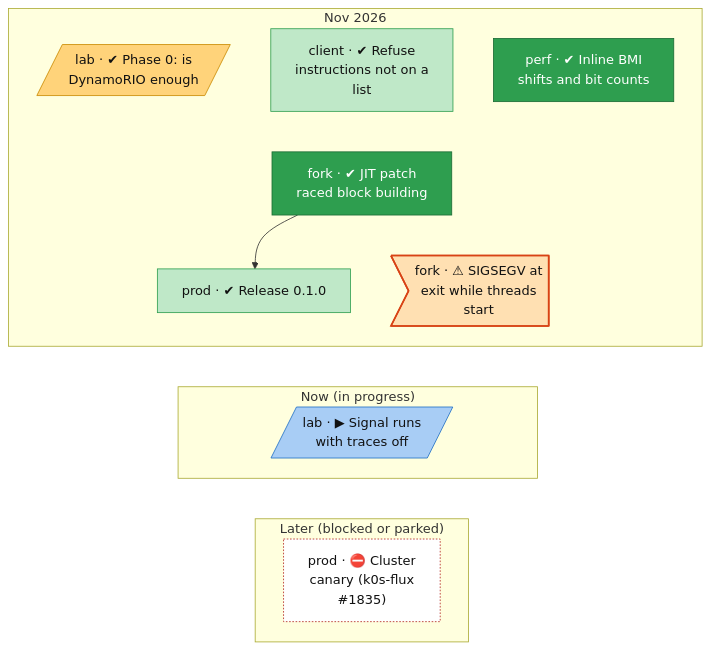
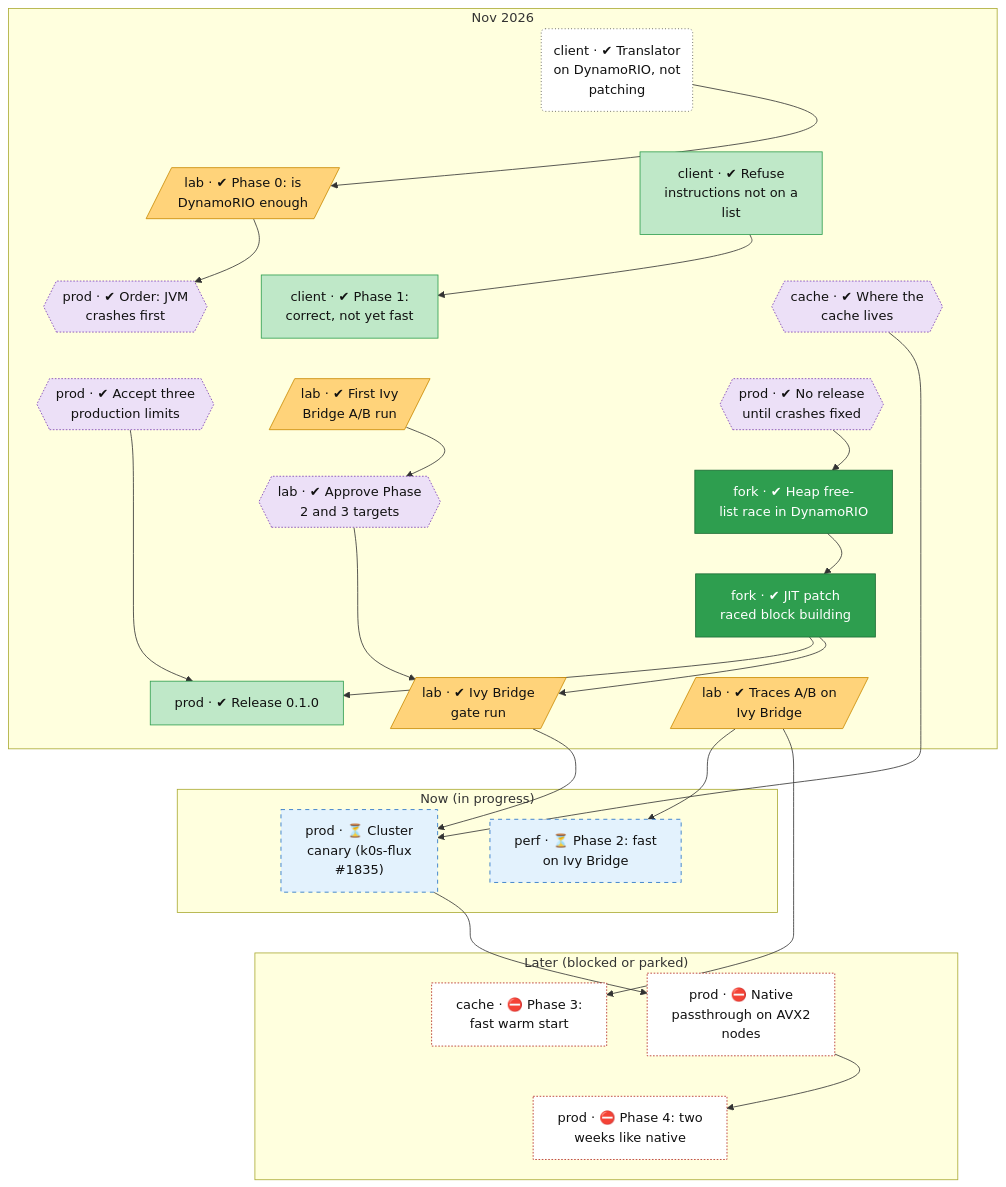
Before and after one commit to lhns/v3compat: the second of 2 diagrams in docs/roadmap.md, drawn with Mermaid. The commit also changed other lines of this file and 10 other files, not shown here.

First line of the commit message:
Roadmap: phase gates, forward work and an overview spine

````diff
--- a/docs/roadmap.md
+++ b/docs/roadmap.md
@@ -102,28 +103,70 @@
 ```mermaid
 flowchart TB
     subgraph bd_0["Nov 2026"]
+        client_design("client · ✔ Translator<br/>on DynamoRIO, not<br/>patching")
         lab_phase0[/"lab · ✔ Phase 0: is<br/>DynamoRIO enough"/]
         client_allowlist["client · ✔ Refuse<br/>instructions not on a<br/>list"]
-        perf_inline_scalar["perf · ✔ Inline BMI<br/>shifts and bit counts"]
+        client_phase1_gate["client · ✔ Phase 1:<br/>correct, not yet fast"]
+        prod_order_of_work{{"prod · ✔ Order: JVM<br/>crashes first"}}
+        cache_placement{{"cache · ✔ Where the<br/>cache lives"}}
+        lab_ivy_ab[/"lab · ✔ First Ivy<br/>Bridge A/B run"/]
+        prod_limits{{"prod · ✔ Accept three<br/>production limits"}}
+        prod_stability_gate{{"prod · ✔ No release<br/>until crashes fixed"}}
+        lab_targets{{"lab · ✔ Approve Phase<br/>2 and 3 targets"}}
+        fork_heap_race["fork · ✔ Heap free-<br/>list race in DynamoRIO"]
         fork_selfmod_race["fork · ✔ JIT patch<br/>raced block building"]
         prod_release["prod · ✔ Release 0.1.0"]
-        fork_exit_sigsegv>"fork · ⚠ SIGSEGV at<br/>exit while threads<br/>start"]
+        lab_ivy_gate[/"lab · ✔ Ivy Bridge<br/>gate run"/]
+        lab_ivy_traces[/"lab · ✔ Traces A/B on<br/>Ivy Bridge"/]
     end
     subgraph bd_1["Now (in progress)"]
-        lab_ivy_traces_signal[/"lab · ▶ Signal runs<br/>with traces off"/]
+        prod_canary["prod · ⏳ Cluster<br/>canary (k0s-flux<br/>#35;1835)"]
+        perf_phase2_gate["perf · ⏳ Phase 2: fast<br/>on Ivy Bridge"]
     end
     subgraph bd_2["Later (blocked or parked)"]
-        prod_canary["prod · ⛔ Cluster<br/>canary (k0s-flux<br/>#35;1835)"]
+        cache_phase3_gate["cache · ⛔ Phase 3:<br/>fast warm start"]
+        prod_passthrough["prod · ⛔ Native<br/>passthrough on AVX2<br/>nodes"]
+        prod_two_weeks["prod · ⛔ Phase 4: two<br/>weeks like native"]
     end
-    lab_phase0 ~~~ fork_selfmod_race
-    client_allowlist ~~~ fork_selfmod_race
-    perf_inline_scalar ~~~ fork_selfmod_race
+    client_design ~~~ lab_phase0
+    client_design ~~~ client_allowlist
+    lab_phase0 ~~~ client_phase1_gate
+    client_allowlist ~~~ prod_order_of_work
+    client_allowlist ~~~ cache_placement
+    client_phase1_gate ~~~ lab_ivy_ab
+    prod_order_of_work ~~~ prod_limits
+    cache_placement ~~~ prod_stability_gate
+    lab_ivy_ab ~~~ lab_targets
+    prod_limits ~~~ fork_heap_race
+    prod_stability_gate ~~~ fork_heap_race
+    lab_targets ~~~ fork_selfmod_race
+    fork_heap_race ~~~ fork_selfmod_race
     fork_selfmod_race ~~~ prod_release
-    fork_selfmod_race ~~~ fork_exit_sigsegv
-    prod_release ~~~ lab_ivy_traces_signal
-    fork_exit_sigsegv ~~~ lab_ivy_traces_signal
-    lab_ivy_traces_signal ~~~ prod_canary
+    fork_selfmod_race ~~~ lab_ivy_gate
+    fork_selfmod_race ~~~ lab_ivy_traces
+    prod_release ~~~ prod_canary
+    lab_ivy_gate ~~~ perf_phase2_gate
+    lab_ivy_traces ~~~ perf_phase2_gate
+    prod_canary ~~~ cache_phase3_gate
+    perf_phase2_gate ~~~ prod_passthrough
+    cache_phase3_gate ~~~ prod_two_weeks
+    prod_passthrough ~~~ prod_two_weeks
+    client_design --> lab_phase0
+    client_allowlist --> client_phase1_gate
+    lab_phase0 --> prod_order_of_work
+    lab_ivy_ab --> lab_targets
+    prod_stability_gate --> fork_heap_race
+    fork_heap_race --> fork_selfmod_race
     fork_selfmod_race --> prod_release
+    prod_limits --> prod_release
+    lab_targets --> lab_ivy_gate
+    fork_selfmod_race --> lab_ivy_gate
+    cache_placement --> prod_canary
+    lab_ivy_gate --> prod_canary
+    lab_ivy_traces --> perf_phase2_gate
+    lab_ivy_traces --> cache_phase3_gate
+    prod_canary --> prod_passthrough
+    prod_passthrough --> prod_two_weeks
     classDef vsucc fill:#2e9e4f,stroke:#1b6b34,color:#fff
     classDef succ fill:#bfe8c8,stroke:#2e9e4f,color:#111
     classDef mixed fill:#ffd37a,stroke:#c98a00,color:#111
@@ -138,10 +181,11 @@
     classDef decided fill:#ece0f7,stroke:#7b3fb5,stroke-dasharray:2 2,color:#111
     classDef finding fill:#ffe0b2,stroke:#d84315,stroke-width:2px,color:#111
     classDef waiting fill:#e3f2fd,stroke:#1f6fc5,stroke-dasharray:5 5,color:#111
-    class client_allowlist,prod_release succ
-    class fork_selfmod_race,perf_inline_scalar vsucc
-    class fork_exit_sigsegv finding
-    class prod_canary blocked
-    class lab_phase0 mixed
-    class lab_ivy_traces_signal inprog
+    class client_design unrated
+    class client_allowlist,prod_release,client_phase1_gate succ
+    class fork_heap_race,fork_selfmod_race vsucc
+    class cache_placement,prod_order_of_work,prod_limits,prod_stability_gate,lab_targets decided
+    class prod_canary,perf_phase2_gate waiting
+    class prod_two_weeks,cache_phase3_gate,prod_passthrough blocked
+    class lab_phase0,lab_ivy_ab,lab_ivy_gate,lab_ivy_traces mixed
 ```
````
